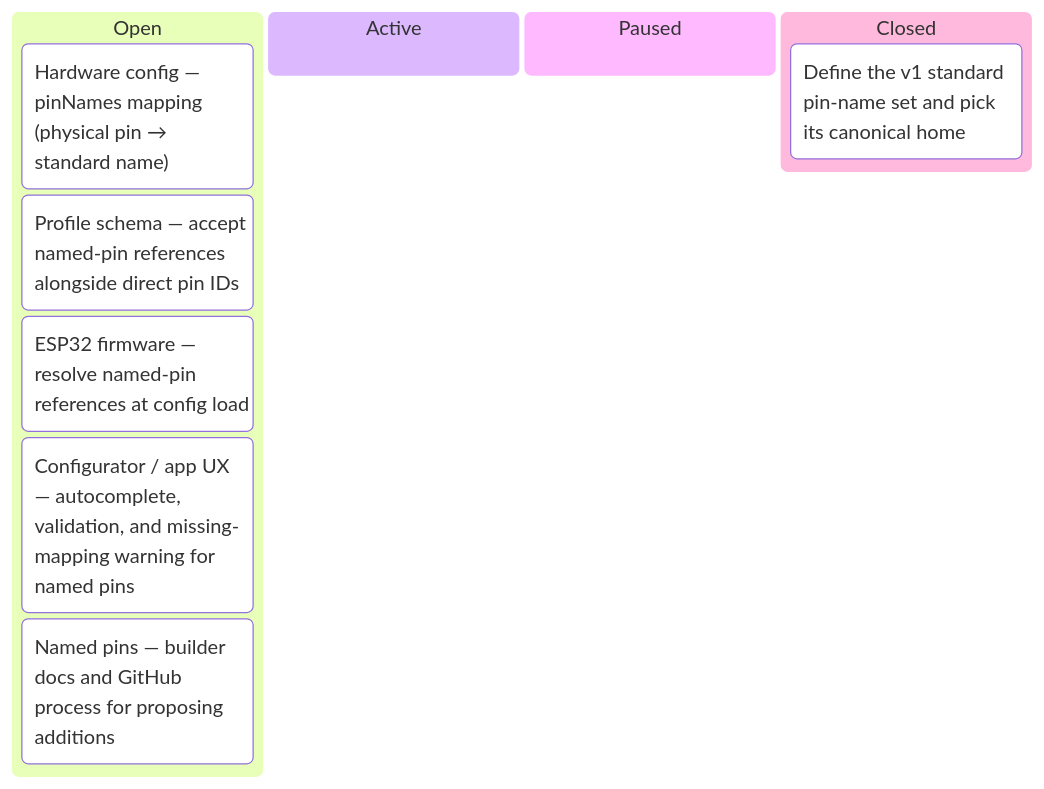
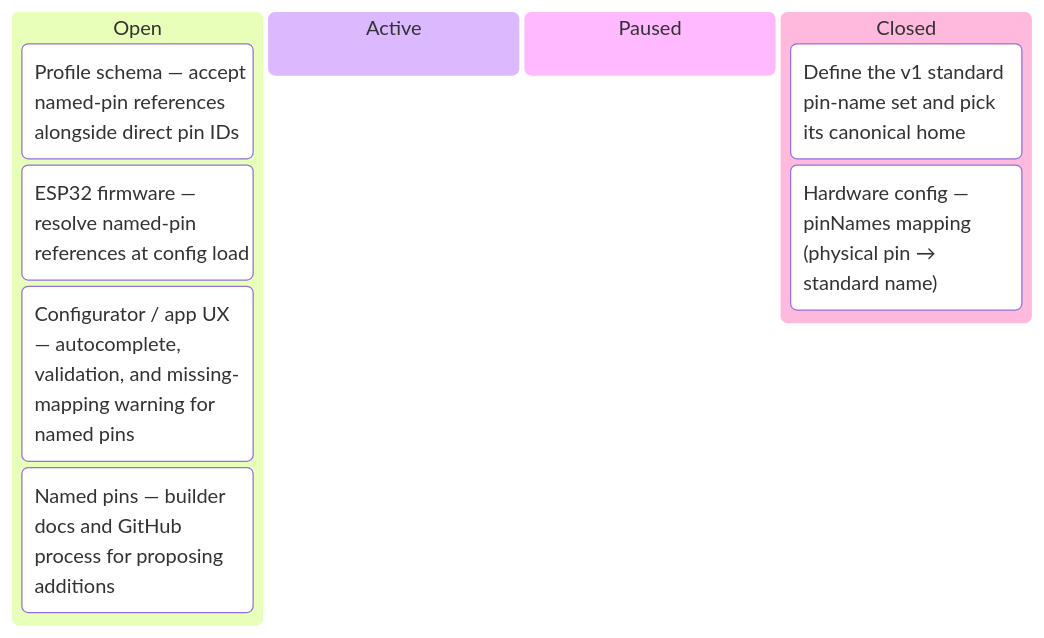
Before and after one commit to tgd1975/AwesomeGuitarPedal: the fourth of 9 diagrams in docs/developers/tasks/KANBAN.md, drawn with Mermaid. The commit also changed other lines of this file and 3 other files, not shown here.

First line of the commit message:
prep TASK-378: add pinNames to data/config.schema.json (EPIC-029)

````diff
--- a/docs/developers/tasks/KANBAN.md
+++ b/docs/developers/tasks/KANBAN.md
@@ -52,13 +52,13 @@
 ```mermaid
 kanban
   Open
-    TASK_378["Hardware config — pinNames mapping (physical pin → standard name)"]
     TASK_379["Profile schema — accept named-pin references alongside direct pin IDs"]
     TASK_380["ESP32 firmware — resolve named-pin references at config load"]
     TASK_381["Configurator / app UX — autocomplete, validation, and missing-mapping warning for named pins"]
     TASK_382["Named pins — builder docs and GitHub process for proposing additions"]
   Active
   Paused
   Closed
     TASK_377["Define the v1 standard pin-name set and pick its canonical home"]
+    TASK_378["Hardware config — pinNames mapping (physical pin → standard name)"]
 ```
````
